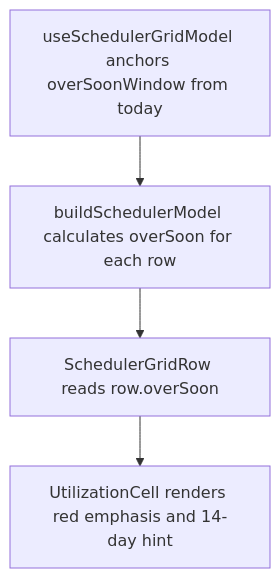
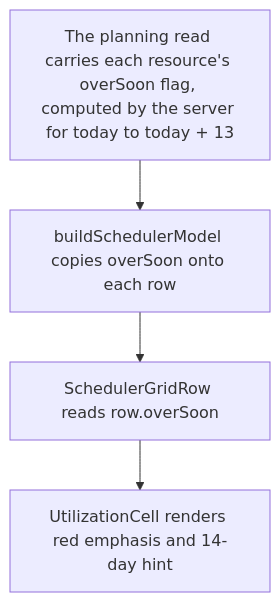
One commit to Kevinjohn/capacitylens changed the second of 2 diagrams in user-stories/scheduler/US-SCH-13-utilisation-flag.md. Above: the diagram before and after it, drawn with Mermaid. The commit also changed other lines of this file and 59 other files, not shown here.

First line of the commit message:
Draw the server's capacity figures in the scheduler and overview

````diff
--- a/user-stories/scheduler/US-SCH-13-utilisation-flag.md
+++ b/user-stories/scheduler/US-SCH-13-utilisation-flag.md
@@ -34,6 +34,6 @@
 ```mermaid
 flowchart TD
-  A["useSchedulerGridModel anchors overSoonWindow from today"] --> B["buildSchedulerModel calculates overSoon for each row"]
+  A["The planning read carries each resource's overSoon flag, computed by the server for today to today + 13"] --> B["buildSchedulerModel copies overSoon onto each row"]
   B --> C["SchedulerGridRow reads row.overSoon"]
   C --> D["UtilizationCell renders red emphasis and 14-day hint"]
 ```
````
